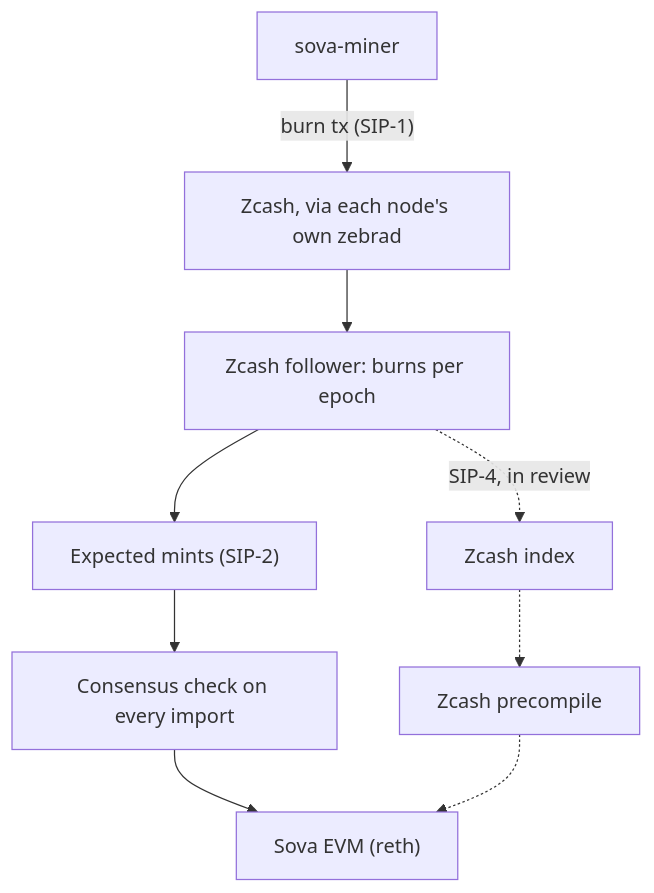
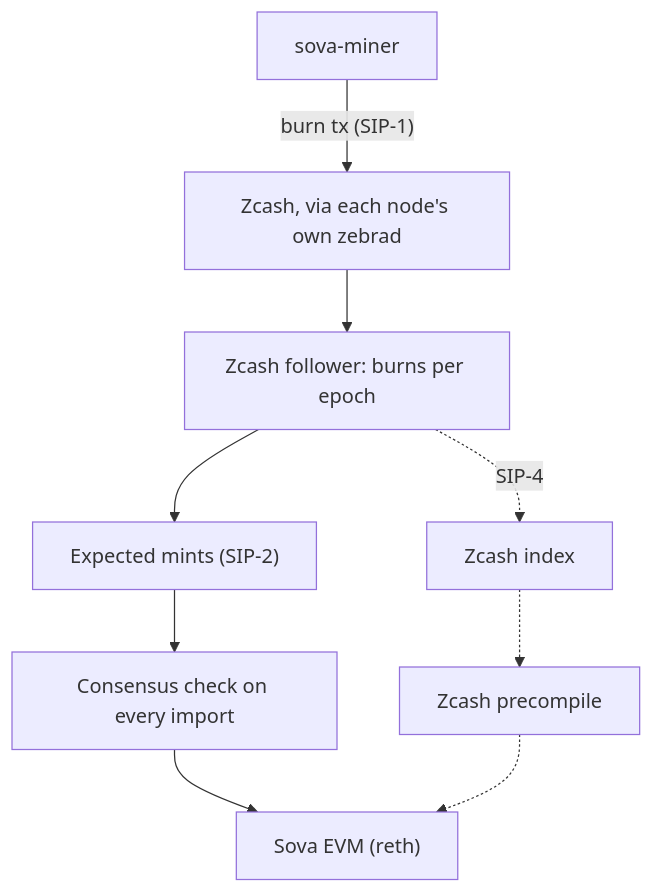
The diagram in README.md (sova-chain/sova), drawn with Mermaid before and after one commit. The commit also changed other lines of this file and 42 other files, not shown here.

````diff
--- a/README.md
+++ b/README.md
@@ -82,11 +82,11 @@
 ```mermaid
 flowchart TD
   miner["sova-miner"] -- "burn tx (SIP-1)" --> zebrad["Zcash, via each node's own zebrad"]
   zebrad --> follower["Zcash follower: burns per epoch"]
   follower --> expect["Expected mints (SIP-2)"]
   expect --> consensus["Consensus check on every import"]
   consensus --> evm["Sova EVM (reth)"]
-  follower -. "SIP-4, in review" .-> index["Zcash index"]
+  follower -. "SIP-4" .-> index["Zcash index"]
   index -.-> precompile["Zcash precompile"]
   precompile -.-> evm
 ```
````
